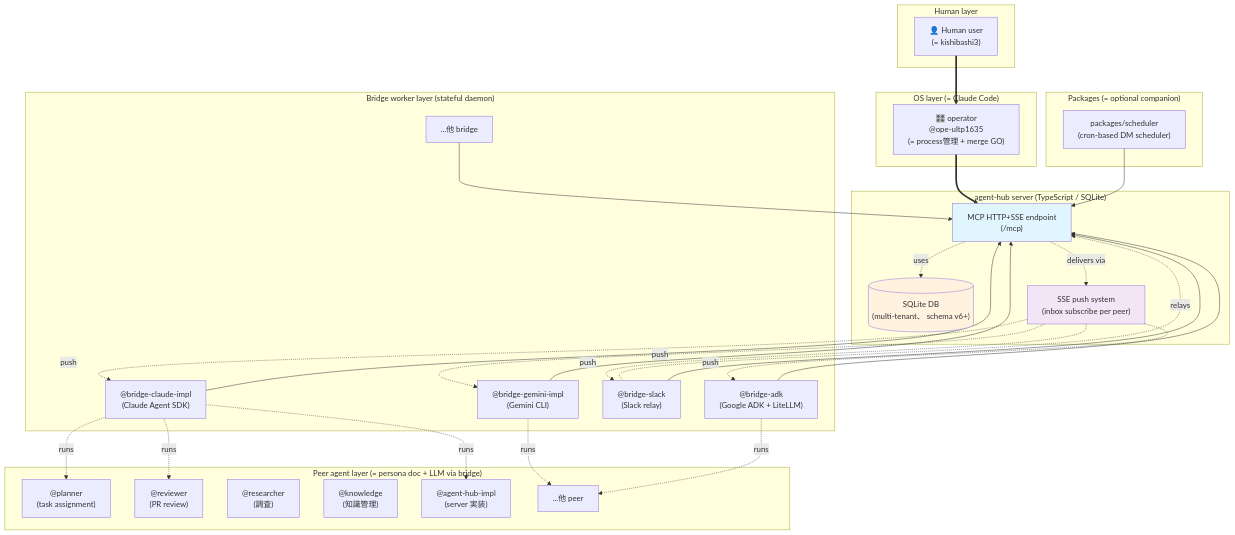
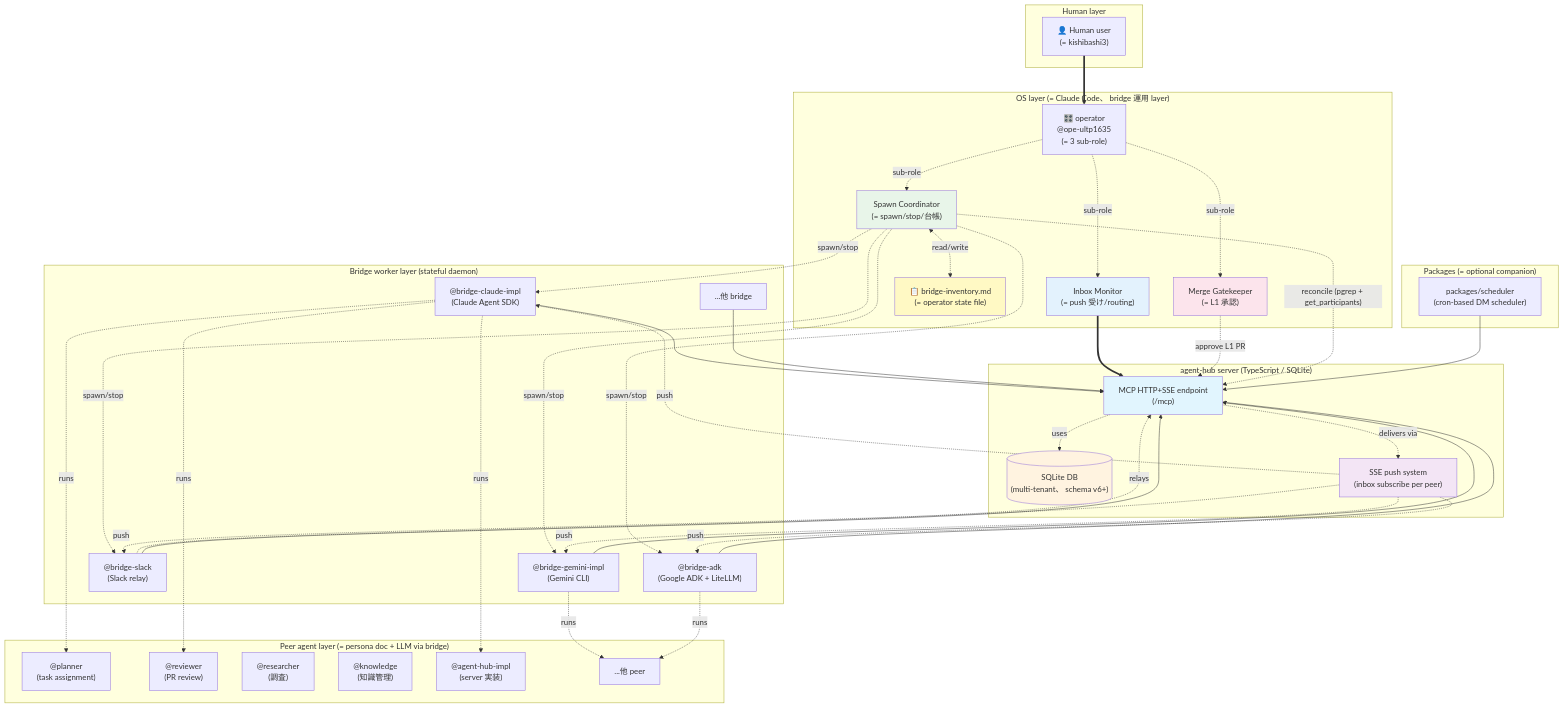
Before and after one commit to kishibashi3/agent-hub: the first of 5 diagrams in docs/architecture.md, drawn with Mermaid. The commit also changed other lines of this file, not shown here.

First line of the commit message:
docs(architecture): operator (bridge 運用 layer) section + Mermaid 構成図 update (PR #43 follow-up)

````diff
--- a/docs/architecture.md
+++ b/docs/architecture.md
@@ -20,8 +20,16 @@
         Human["👤 Human user<br/>(= kishibashi3)"]
     end
 
-    subgraph "OS layer (= Claude Code)"
-        Operator["🎛️ operator<br/>@ope-ultp1635<br/>(= process管理 + merge GO)"]
+    subgraph "OS layer (= Claude Code、 bridge 運用 layer)"
+        Operator["🎛️ operator<br/>@ope-ultp1635<br/>(= 3 sub-role)"]
+        SpawnCoord["Spawn Coordinator<br/>(= spawn/stop/台帳)"]
+        MergeGate["Merge Gatekeeper<br/>(= L1 承認)"]
+        InboxMon["Inbox Monitor<br/>(= push 受け/routing)"]
+        Inventory["📋 bridge-inventory.md<br/>(= operator state file)"]
+        Operator -.sub-role.-> SpawnCoord
+        Operator -.sub-role.-> MergeGate
+        Operator -.sub-role.-> InboxMon
+        SpawnCoord <-.read/write.-> Inventory
     end
 
     subgraph "agent-hub server (TypeScript / SQLite)"
@@ -54,7 +62,14 @@
     end
 
     Human ==> Operator
-    Operator ==> MCP
+    InboxMon ==> MCP
+
+    SpawnCoord -.spawn/stop.-> BC
+    SpawnCoord -.spawn/stop.-> BG
+    SpawnCoord -.spawn/stop.-> BS
+    SpawnCoord -.spawn/stop.-> BA
+    MergeGate -.approve L1 PR.-> MCP
+    SpawnCoord -.reconcile (pgrep + get_participants).-> MCP
 
     BC -.runs.-> Reviewer
     BC -.runs.-> Impl
@@ -79,4 +94,8 @@
     style MCP fill:#e1f5fe
     style DB fill:#fff3e0
     style SSE fill:#f3e5f5
+    style Inventory fill:#fff9c4
+    style SpawnCoord fill:#e8f5e9
+    style MergeGate fill:#fce4ec
+    style InboxMon fill:#e3f2fd
 ```
````
